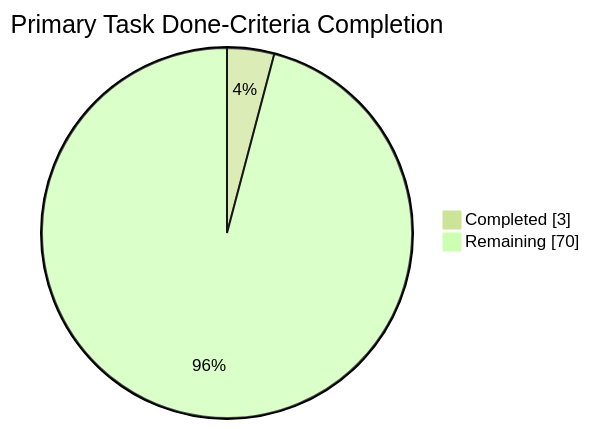
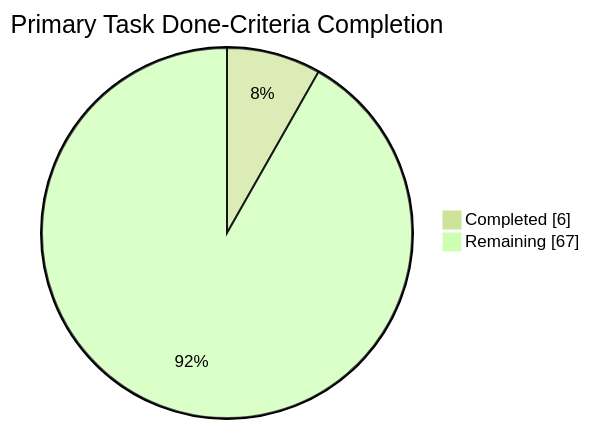
Before and after one commit to cyberAlchemyAI/domainspec: the first of 2 diagrams in plan/COMPLETENESS-DASHBOARD.md, drawn with Mermaid (forest theme). The commit also changed other lines of this file and 8 other files, not shown here.

````diff
--- a/plan/COMPLETENESS-DASHBOARD.md
+++ b/plan/COMPLETENESS-DASHBOARD.md
@@ -19,6 +19,6 @@
 ```mermaid
 pie showData
     title Primary Task Done-Criteria Completion
-    "Completed" : 3
-    "Remaining" : 70
+    "Completed" : 6
+    "Remaining" : 67
 ```
````
